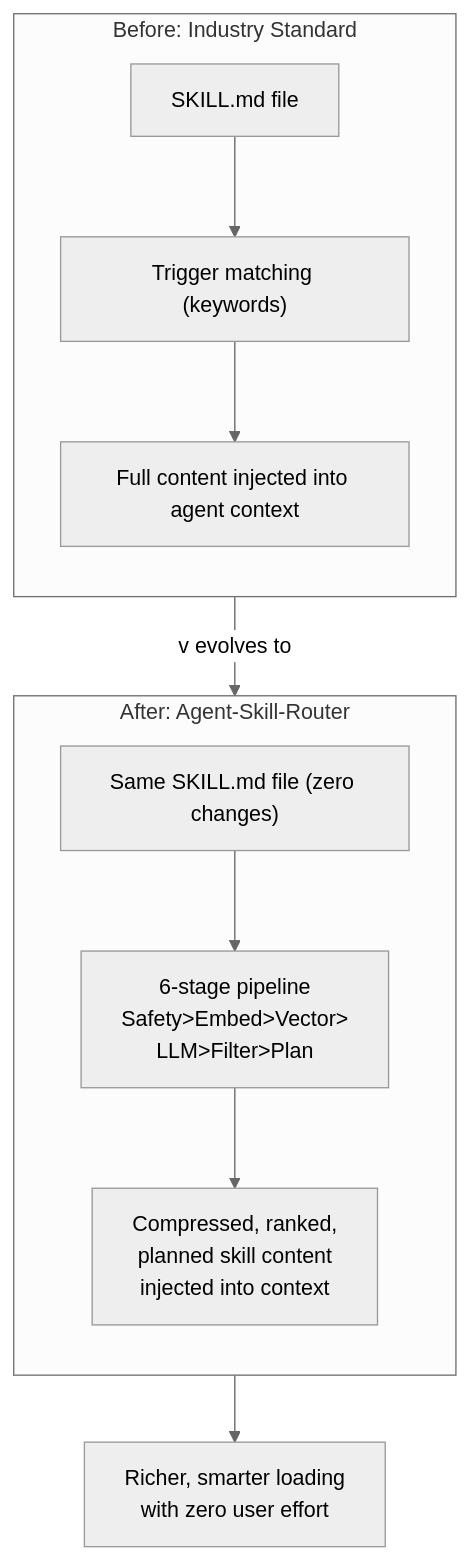
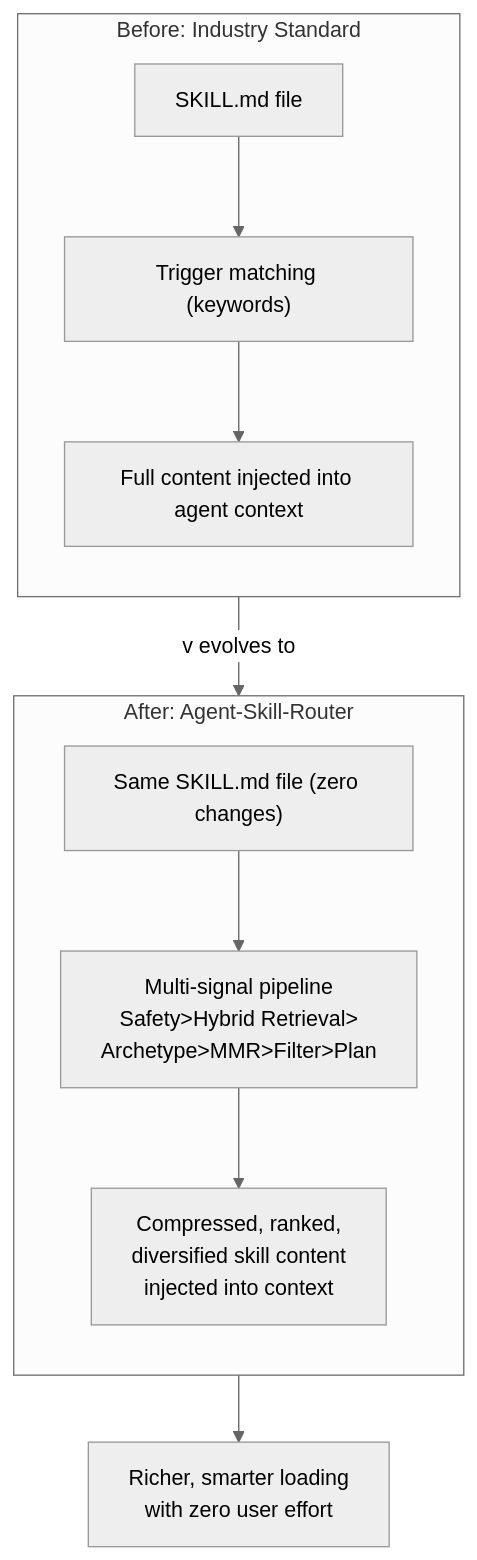
Before and after one commit to paulpas/agent-skill-router: the tenth of 10 diagrams in docs/skill-evolution.md, drawn with Mermaid. The commit also changed other lines of this file and 6 other files, not shown here.

````diff
--- a/docs/skill-evolution.md
+++ b/docs/skill-evolution.md
@@ -554,24 +554,24 @@
 ```mermaid
 ---
 config:
   theme: neutral
 ---
 flowchart TD
     subgraph Before["Before: Industry Standard"]
         direction TB
         B1["SKILL.md file"] --> B2["Trigger matching (keywords)"]
         B2 --> B3["Full content injected into agent context"]
     end
 
     Before -->|"v evolves to"| After
 
     subgraph After["After: Agent-Skill-Router"]
         direction TB
         A1["Same SKILL.md file (zero changes)"]
-        A1 --> A2["6-stage pipeline<br/>Safety>Embed>Vector><br/>LLM>Filter>Plan"]
-        A2 --> A3["Compressed, ranked,<br/>planned skill content<br/>injected into context"]
+        A1 --> A2["Multi-signal pipeline<br/>Safety>Hybrid Retrieval><br/>Archetype>MMR>Filter>Plan"]
+        A2 --> A3["Compressed, ranked,<br/>diversified skill content<br/>injected into context"]
     end
 
     Outcome["Richer, smarter loading<br/>with zero user effort"]
     After --> Outcome
 ```
````
